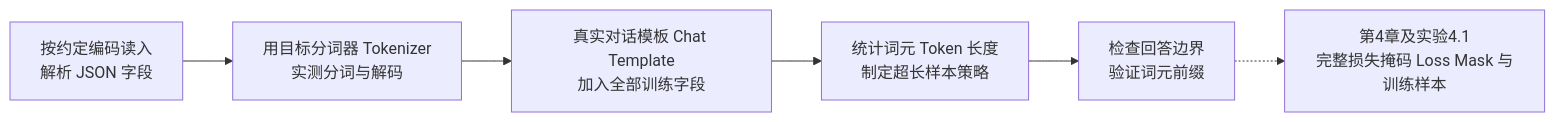
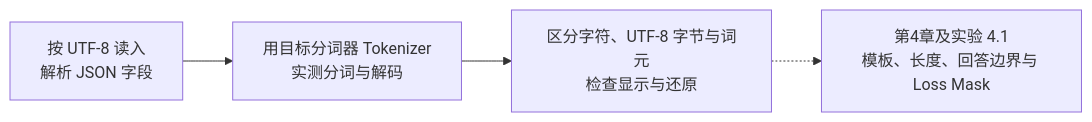
The diagram in 2. Alignment 与训练工程/3.2 中文场景下的分词器（Tokenizer）与数据处理.md (AI-learning-simple/Build-Your-Own-LLM), drawn with Mermaid before and after one commit. The commit also changed other lines of this file and 9 other files, not shown here.

````diff
--- a/2. Alignment 与训练工程/3.2 中文场景下的分词器（Tokenizer）与数据处理.md
+++ b/2. Alignment 与训练工程/3.2 中文场景下的分词器（Tokenizer）与数据处理.md
@@ -248,8 +147,6 @@
 ```mermaid
 flowchart LR
-    A["按约定编码读入<br/>解析 JSON 字段"] --> B["用目标分词器 Tokenizer<br/>实测分词与解码"]
-    B --> C["真实对话模板 Chat Template<br/>加入全部训练字段"]
-    C --> D["统计词元 Token 长度<br/>制定超长样本策略"]
-    D --> E["检查回答边界<br/>验证词元前缀"]
-    E -.-> F["第4章及实验4.1<br/>完整损失掩码 Loss Mask 与训练样本"]
+    A["按 UTF-8 读入<br/>解析 JSON 字段"] --> B["用目标分词器 Tokenizer<br/>实测分词与解码"]
+    B --> C["区分字符、UTF-8 字节与词元<br/>检查显示与还原"]
+    C -.-> D["第4章及实验 4.1<br/>模板、长度、回答边界与 Loss Mask"]
 ```
````
